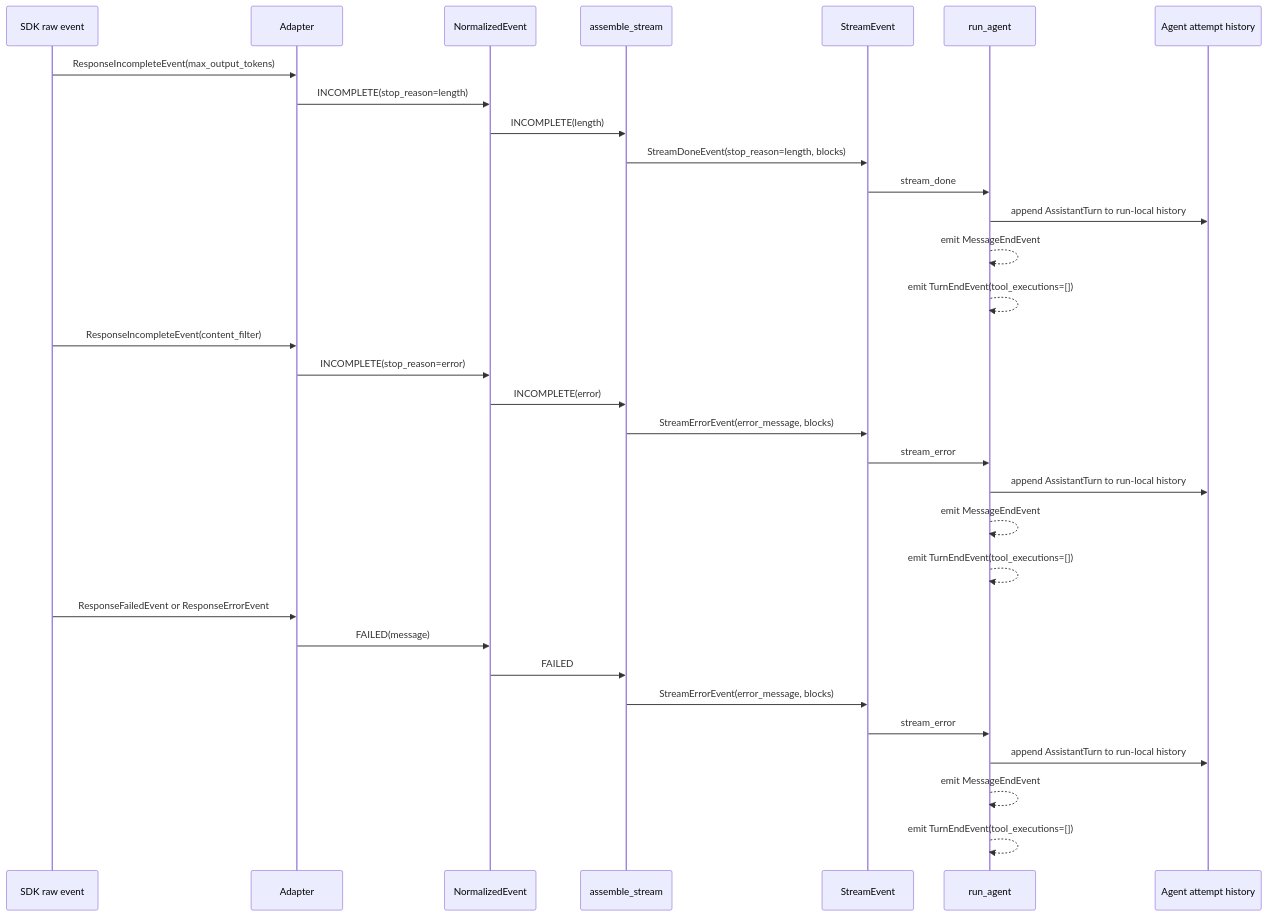
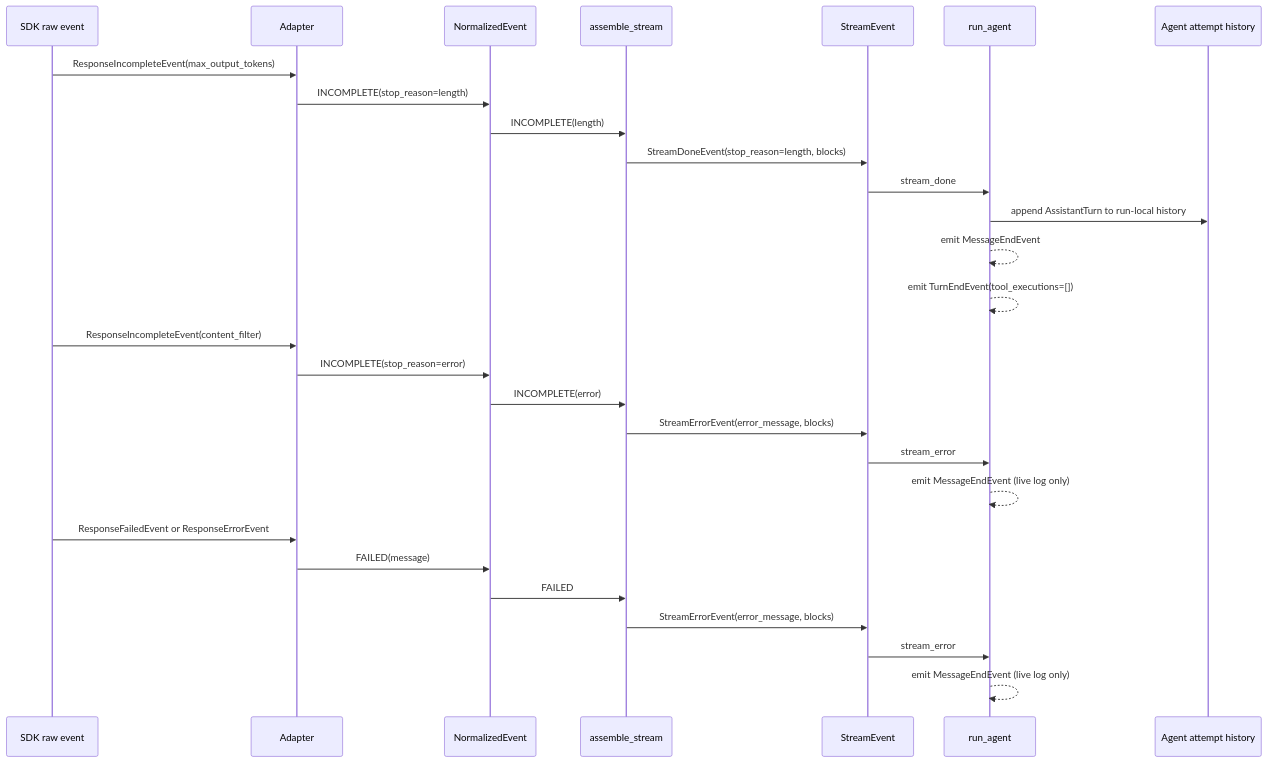
The eighth of 8 diagrams in docs/openai-stream-event-lifecycle.md (muneebshahid/piy), drawn with Mermaid before and after one commit. The commit also changed other lines of this file and 48 other files, not shown here.

````diff
--- a/docs/openai-stream-event-lifecycle.md
+++ b/docs/openai-stream-event-lifecycle.md
@@ -238,37 +238,33 @@
 ```mermaid
 sequenceDiagram
     participant SDK as SDK raw event
     participant Adapter as Adapter
     participant Norm as NormalizedEvent
     participant Asm as assemble_stream
     participant Stream as StreamEvent
     participant Agent as run_agent
     participant Hist as Agent attempt history
 
     SDK->>Adapter: ResponseIncompleteEvent(max_output_tokens)
     Adapter->>Norm: INCOMPLETE(stop_reason=length)
     Norm->>Asm: INCOMPLETE(length)
     Asm->>Stream: StreamDoneEvent(stop_reason=length, blocks)
     Stream->>Agent: stream_done
     Agent->>Hist: append AssistantTurn to run-local history
     Agent-->>Agent: emit MessageEndEvent
     Agent-->>Agent: emit TurnEndEvent(tool_executions=[])
 
     SDK->>Adapter: ResponseIncompleteEvent(content_filter)
     Adapter->>Norm: INCOMPLETE(stop_reason=error)
     Norm->>Asm: INCOMPLETE(error)
     Asm->>Stream: StreamErrorEvent(error_message, blocks)
     Stream->>Agent: stream_error
-    Agent->>Hist: append AssistantTurn to run-local history
-    Agent-->>Agent: emit MessageEndEvent
-    Agent-->>Agent: emit TurnEndEvent(tool_executions=[])
+    Agent-->>Agent: emit MessageEndEvent (live log only)
 
     SDK->>Adapter: ResponseFailedEvent or ResponseErrorEvent
     Adapter->>Norm: FAILED(message)
     Norm->>Asm: FAILED
     Asm->>Stream: StreamErrorEvent(error_message, blocks)
     Stream->>Agent: stream_error
-    Agent->>Hist: append AssistantTurn to run-local history
-    Agent-->>Agent: emit MessageEndEvent
-    Agent-->>Agent: emit TurnEndEvent(tool_executions=[])
+    Agent-->>Agent: emit MessageEndEvent (live log only)
 ```
````
